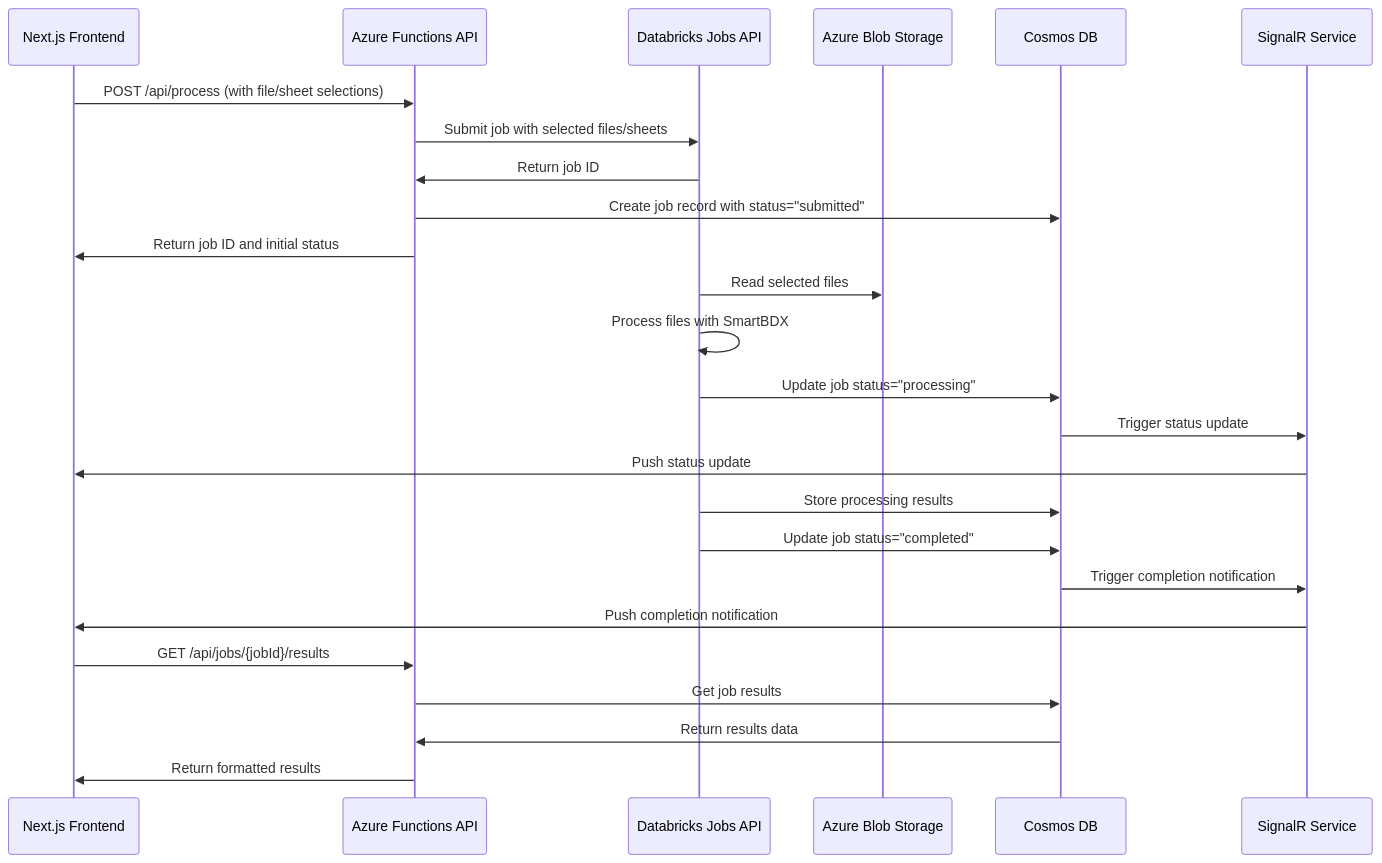
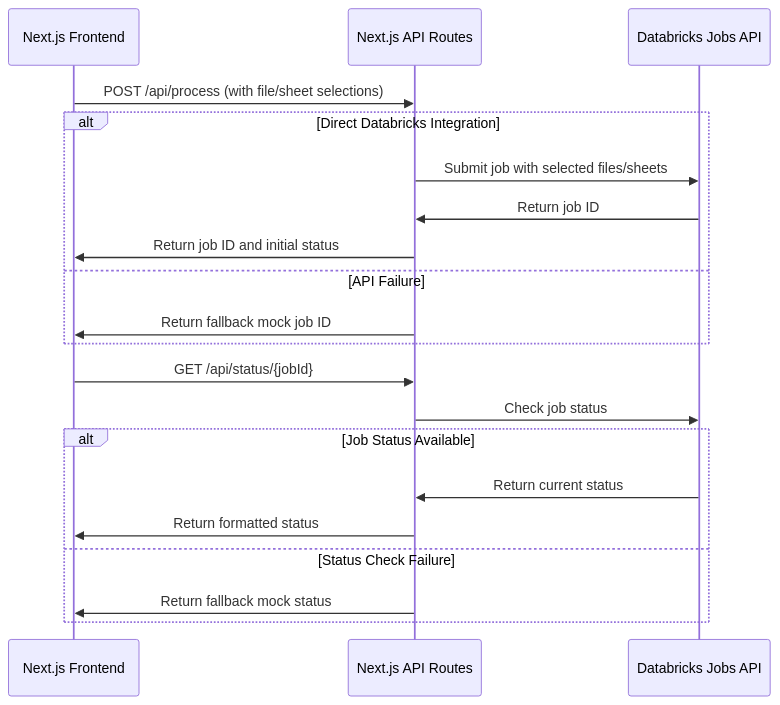
The third of 3 diagrams in docs/integration-plan.md (amandevdas/SmartBDX), drawn with Mermaid before and after one commit. The commit also changed other lines of this file and 57 other files, not shown here.

````diff
--- a/docs/integration-plan.md
+++ b/docs/integration-plan.md
@@ -92,31 +124,26 @@
 ```mermaid
 sequenceDiagram
     participant Frontend as Next.js Frontend
-    participant API as Azure Functions API
-    participant Databricks as Databricks Jobs API
-    participant Storage as Azure Blob Storage
-    participant Cosmos as Cosmos DB
-    participant SignalR as SignalR Service
+    participant API as Next.js API Routes
+    participant Jobs as Databricks Jobs API
     
     Frontend->>API: POST /api/process (with file/sheet selections)
-    API->>Databricks: Submit job with selected files/sheets
-    Databricks->>API: Return job ID
-    API->>Cosmos: Create job record with status="submitted"
-    API->>Frontend: Return job ID and initial status
     
-    Databricks->>Storage: Read selected files
-    Databricks->>Databricks: Process files with SmartBDX
-    Databricks->>Cosmos: Update job status="processing"
-    Cosmos->>SignalR: Trigger status update
-    SignalR->>Frontend: Push status update
+    alt Direct Databricks Integration
+        API->>Jobs: Submit job with selected files/sheets
+        Jobs->>API: Return job ID
+        API->>Frontend: Return job ID and initial status
+    else API Failure
+        API->>Frontend: Return fallback mock job ID
+    end
     
-    Databricks->>Cosmos: Store processing results
-    Databricks->>Cosmos: Update job status="completed"
-    Cosmos->>SignalR: Trigger completion notification
-    SignalR->>Frontend: Push completion notification
+    Frontend->>API: GET /api/status/{jobId}
+    API->>Jobs: Check job status
     
-    Frontend->>API: GET /api/jobs/{jobId}/results
-    API->>Cosmos: Get job results
-    Cosmos->>API: Return results data
-    API->>Frontend: Return formatted results
+    alt Job Status Available
+        Jobs->>API: Return current status
+        API->>Frontend: Return formatted status
+    else Status Check Failure
+        API->>Frontend: Return fallback mock status
+    end
 ```
````
